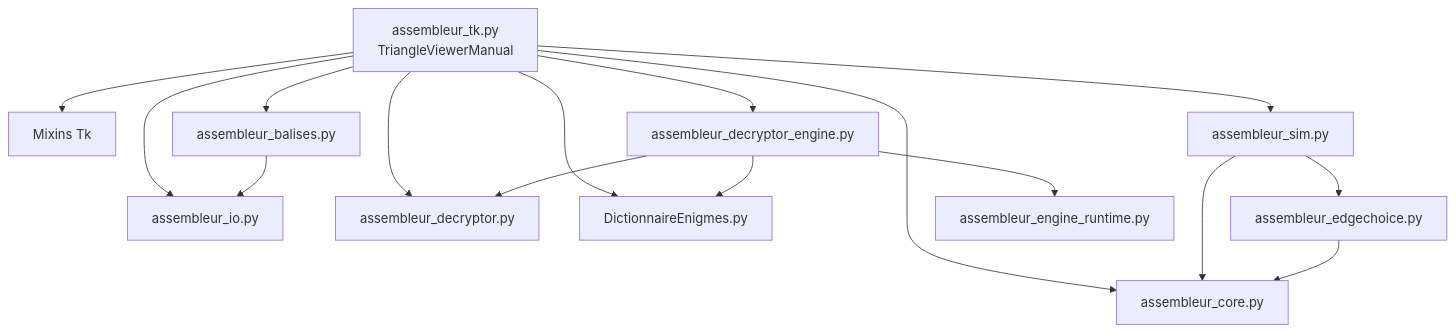
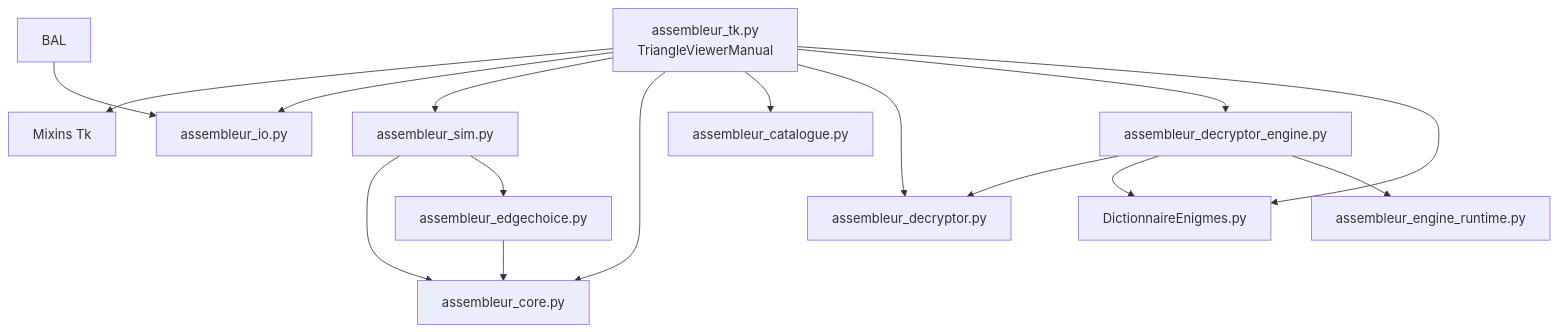
One commit to jolylaurent78/src changed the second of 6 diagrams in docs/ANALYSE_FONCTIONNELLE_ET_ARCHITECTURE.md. Above: the diagram before and after it, drawn with Mermaid. The commit also changed other lines of this file and 36 other files, not shown here.

````diff
--- a/docs/ANALYSE_FONCTIONNELLE_ET_ARCHITECTURE.md
+++ b/docs/ANALYSE_FONCTIONNELLE_ET_ARCHITECTURE.md
@@ -137,18 +137,18 @@
 ```mermaid
 flowchart TB
   TK[assembleur_tk.py\nTriangleViewerManual] --> MIX[Mixins Tk]
   TK --> IO[assembleur_io.py]
   TK --> SIM[assembleur_sim.py]
   TK --> CORE[assembleur_core.py]
-  TK --> BAL[assembleur_balises.py]
+  TK --> CAT[assembleur_catalogue.py]
   TK --> DEC[assembleur_decryptor.py]
   TK --> ENGINE[assembleur_decryptor_engine.py]
   TK --> DICO[DictionnaireEnigmes.py]
   SIM --> CORE
   SIM --> EDGE[assembleur_edgechoice.py]
   EDGE --> CORE
   BAL --> IO
   ENGINE --> DEC
   ENGINE --> DICO
   ENGINE --> RT[assembleur_engine_runtime.py]
 ```
````
